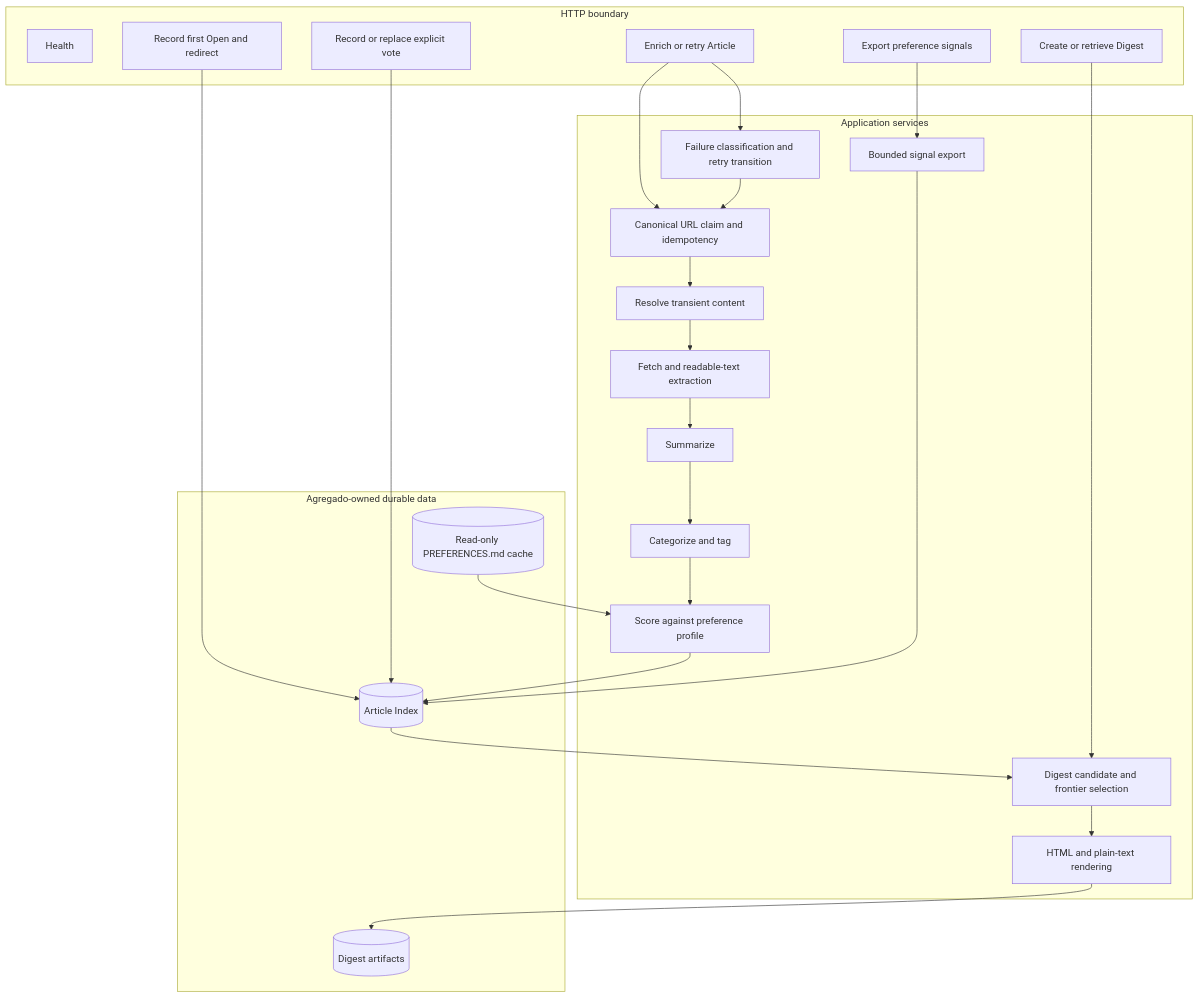
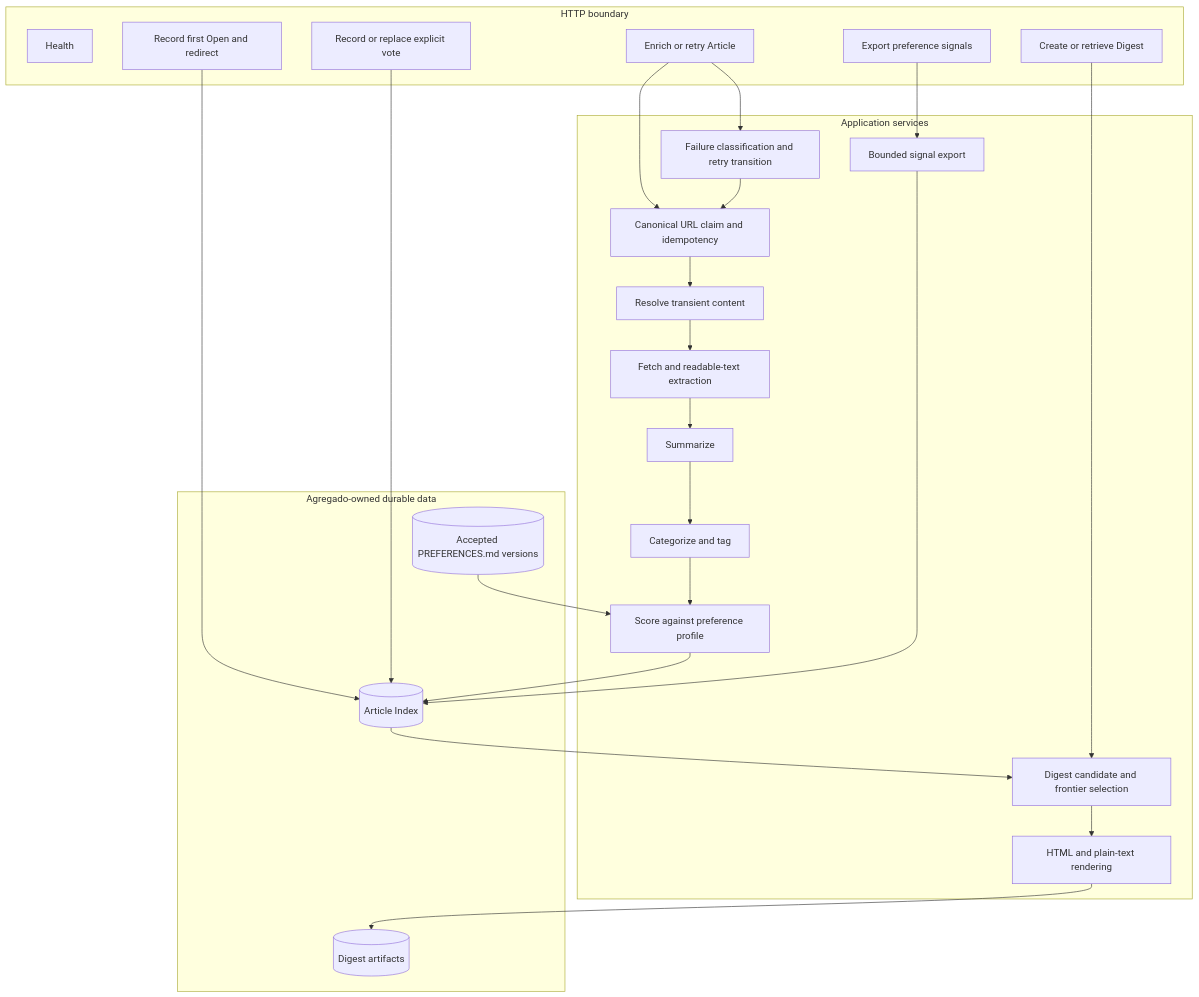
Before and after one commit to ffrt-labs/agregado: the third of 6 diagrams in docs/architecture/agregado.md, drawn with Mermaid. The commit also changed other lines of this file and 30 other files, not shown here.

````diff
--- a/docs/architecture/agregado.md
+++ b/docs/architecture/agregado.md
@@ -93,39 +93,39 @@
 ```mermaid
 flowchart TB
     subgraph API[HTTP boundary]
         HEALTH[Health]
         ENRICHAPI[Enrich or retry Article]
         DIGESTAPI[Create or retrieve Digest]
         SIGNALAPI[Export preference signals]
         OPENAPI[Record first Open and redirect]
         VOTEAPI[Record or replace explicit vote]
     end
 
     subgraph APP[Application services]
         CLAIM[Canonical URL claim and idempotency]
         RESOLVE[Resolve transient content]
         EXTRACT[Fetch and readable-text extraction]
         SUMMARIZE[Summarize]
         TAG[Categorize and tag]
         SCORE[Score against preference profile]
         RETRY[Failure classification and retry transition]
         SELECT[Digest candidate and frontier selection]
         RENDER[HTML and plain-text rendering]
         EXPORT[Bounded signal export]
     end
 
     subgraph DATA[Agregado-owned durable data]
         INDEX[(Article Index)]
         DIGESTS[(Digest artifacts)]
-        PREFCACHE[(Read-only PREFERENCES.md cache)]
+        PREFCACHE[(Accepted PREFERENCES.md versions)]
     end
 
     ENRICHAPI --> CLAIM --> RESOLVE --> EXTRACT --> SUMMARIZE --> TAG --> SCORE --> INDEX
     ENRICHAPI --> RETRY --> CLAIM
     PREFCACHE --> SCORE
     DIGESTAPI --> SELECT --> RENDER --> DIGESTS
     INDEX --> SELECT
     SIGNALAPI --> EXPORT --> INDEX
     OPENAPI --> INDEX
     VOTEAPI --> INDEX
 ```
````
